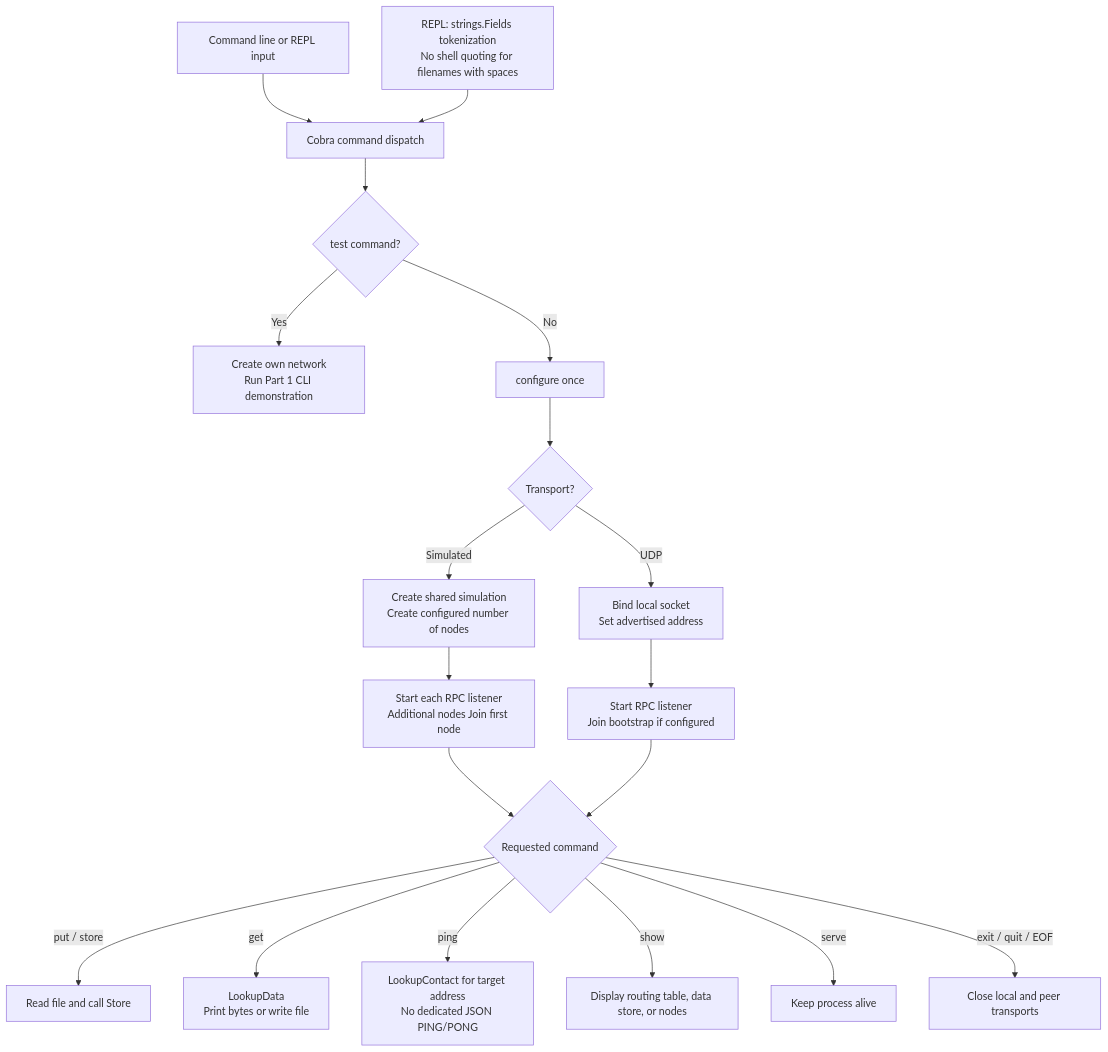
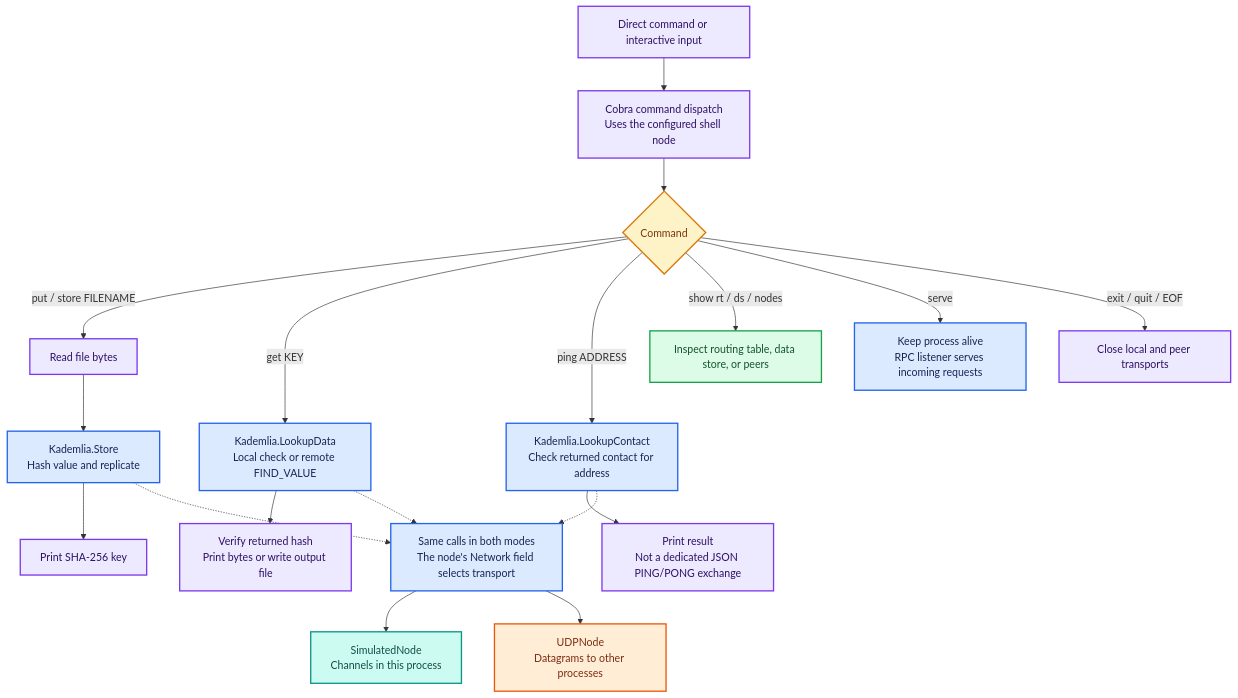
Before and after one commit to mohraj-0/Mobil-and-distributed-D7024E: the sixth of 6 diagrams in labs/ARCHITECTURE.md, drawn with Mermaid. The commit also changed other lines of this file and 2 other files, not shown here.

Commit message:
simplifed diagrams

````diff
--- a/labs/ARCHITECTURE.md
+++ b/labs/ARCHITECTURE.md
@@ -401,21 +205,27 @@
 ```mermaid
-flowchart TD
-    USER["Command line or REPL input"] --> COBRA["Cobra command dispatch"]
-    REPL["REPL: strings.Fields tokenization<br/>No shell quoting for filenames with spaces"] --> COBRA
-    COBRA --> DEMO{"test command?"}
-    DEMO -->|Yes| TEST["Create own network<br/>Run Part 1 CLI demonstration"]
-    DEMO -->|No| CONFIG["configure once"]
-    CONFIG --> KIND{"Transport?"}
-    KIND -->|Simulated| SIM["Create shared simulation<br/>Create configured number of nodes"]
-    SIM --> START["Start each RPC listener<br/>Additional nodes Join first node"]
-    KIND -->|UDP| UDP["Bind local socket<br/>Set advertised address"]
-    UDP --> BOOT["Start RPC listener<br/>Join bootstrap if configured"]
-    START --> COMMAND{"Requested command"}
-    BOOT --> COMMAND
-    COMMAND -->|put / store| PUT["Read file and call Store"]
-    COMMAND -->|get| GET["LookupData<br/>Print bytes or write file"]
-    COMMAND -->|ping| PING["LookupContact for target address<br/>No dedicated JSON PING/PONG"]
-    COMMAND -->|show| SHOW["Display routing table, data store, or nodes"]
-    COMMAND -->|serve| SERVE["Keep process alive"]
-    COMMAND -->|exit / quit / EOF| CLOSE["Close local and peer transports"]
+flowchart TB
+    USER["Direct command or interactive input"]:::shell --> DISPATCH["Cobra command dispatch<br/>Uses the configured shell node"]:::shell
+    DISPATCH --> CMD{"Command"}:::choice
+    CMD -->|put / store FILENAME| READ["Read file bytes"]:::shell
+    READ --> STORE["Kademlia.Store<br/>Hash value and replicate"]:::logic
+    STORE --> KEY["Print SHA-256 key"]:::shell
+    CMD -->|get KEY| LOOKUP["Kademlia.LookupData<br/>Local check or remote FIND_VALUE"]:::logic
+    LOOKUP --> VERIFY["Verify returned hash<br/>Print bytes or write output file"]:::shell
+    CMD -->|ping ADDRESS| FIND["Kademlia.LookupContact<br/>Check returned contact for address"]:::logic
+    FIND --> PONG["Print result<br/>Not a dedicated JSON PING/PONG exchange"]:::shell
+    CMD -->|show rt / ds / nodes| SHOW["Inspect routing table, data store, or peers"]:::data
+    CMD -->|serve| SERVE["Keep process alive<br/>RPC listener serves incoming requests"]:::logic
+    CMD -->|exit / quit / EOF| CLOSE["Close local and peer transports"]:::shell
+    STORE -.-> TRANSPORT["Same calls in both modes<br/>The node's Network field selects transport"]:::logic
+    LOOKUP -.-> TRANSPORT
+    FIND -.-> TRANSPORT
+    TRANSPORT --> SIM["SimulatedNode<br/>Channels in this process"]:::sim
+    TRANSPORT --> UDP["UDPNode<br/>Datagrams to other processes"]:::real
+    classDef shell fill:#ede9fe,stroke:#7c3aed,color:#2e1065,stroke-width:2px
+    classDef logic fill:#dbeafe,stroke:#2563eb,color:#172554,stroke-width:2px
+    classDef sim fill:#ccfbf1,stroke:#0d9488,color:#134e4a,stroke-width:2px
+    classDef real fill:#ffedd5,stroke:#ea580c,color:#7c2d12,stroke-width:2px
+    classDef data fill:#dcfce7,stroke:#16a34a,color:#14532d,stroke-width:2px
+    classDef choice fill:#fef3c7,stroke:#d97706,color:#78350f,stroke-width:2px
+    classDef failure fill:#ffe4e6,stroke:#e11d48,color:#881337,stroke-width:2px
 ```
````
